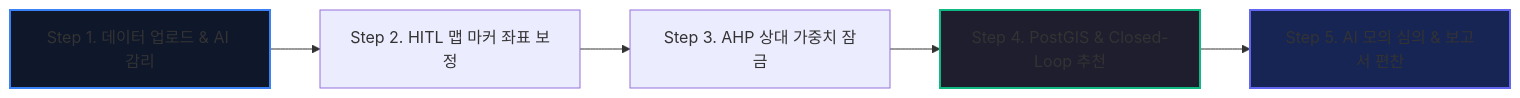
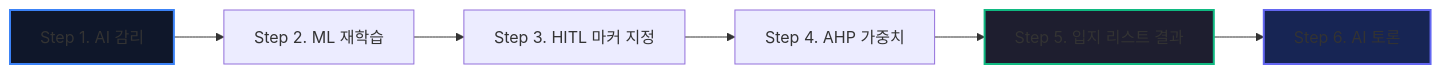
The diagram in 결과보고/OmniSite_전체시스템_정밀_기술해설서.md (Jonghyeon-Bae/OmniSite), drawn with Mermaid before and after one commit. The commit also changed other lines of this file and 30 other files, not shown here.

````diff
--- a/결과보고/OmniSite_전체시스템_정밀_기술해설서.md
+++ b/결과보고/OmniSite_전체시스템_정밀_기술해설서.md
@@ -10,11 +10,12 @@
 ```mermaid
 graph LR
-    S1["Step 1. 데이터 업로드 & AI 감리"] --> S2["Step 2. HITL 맵 마커 좌표 보정"]
-    S2 --> S3["Step 3. AHP 상대 가중치 잠금"]
-    S3 --> S4["Step 4. PostGIS & Closed-Loop 추천"]
-    S4 --> S5["Step 5. AI 모의 심의 & 보고서 편찬"]
+    S1["Step 1. AI 감리"] --> S2["Step 2. ML 재학습"]
+    S2 --> S3["Step 3. HITL 마커 지정"]
+    S3 --> S4["Step 4. AHP 가중치"]
+    S4 --> S5["Step 5. 입지 리스트 결과"]
+    S5 --> S6["Step 6. AI 토론"]
 
     style S1 fill:#0f172a,stroke:#3b82f6,stroke-width:2px;
-    style S4 fill:#1e1e2f,stroke:#10b981,stroke-width:2px;
-    style S5 fill:#172554,stroke:#6366f1,stroke-width:2px;
+    style S5 fill:#1e1e2f,stroke:#10b981,stroke-width:2px;
+    style S6 fill:#172554,stroke:#6366f1,stroke-width:2px;
 ```
````
